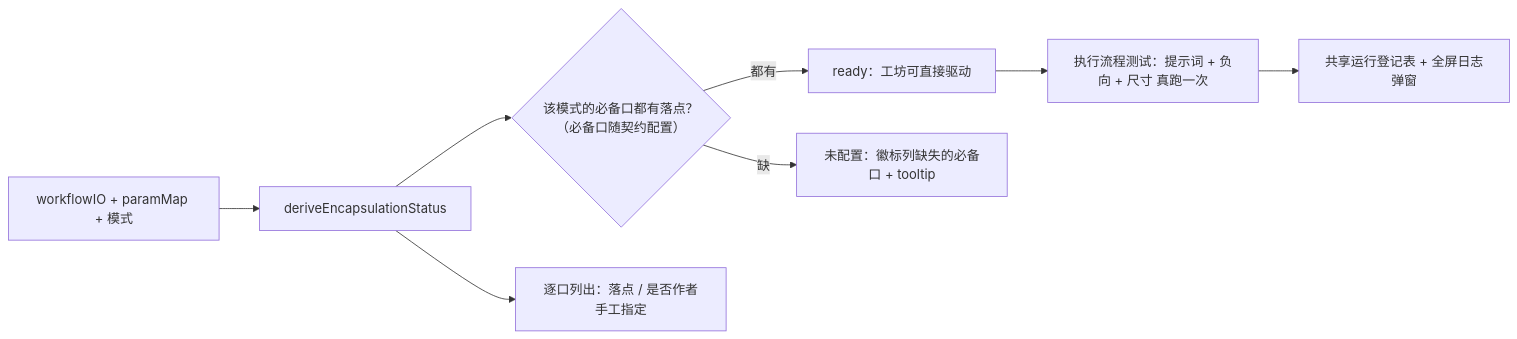
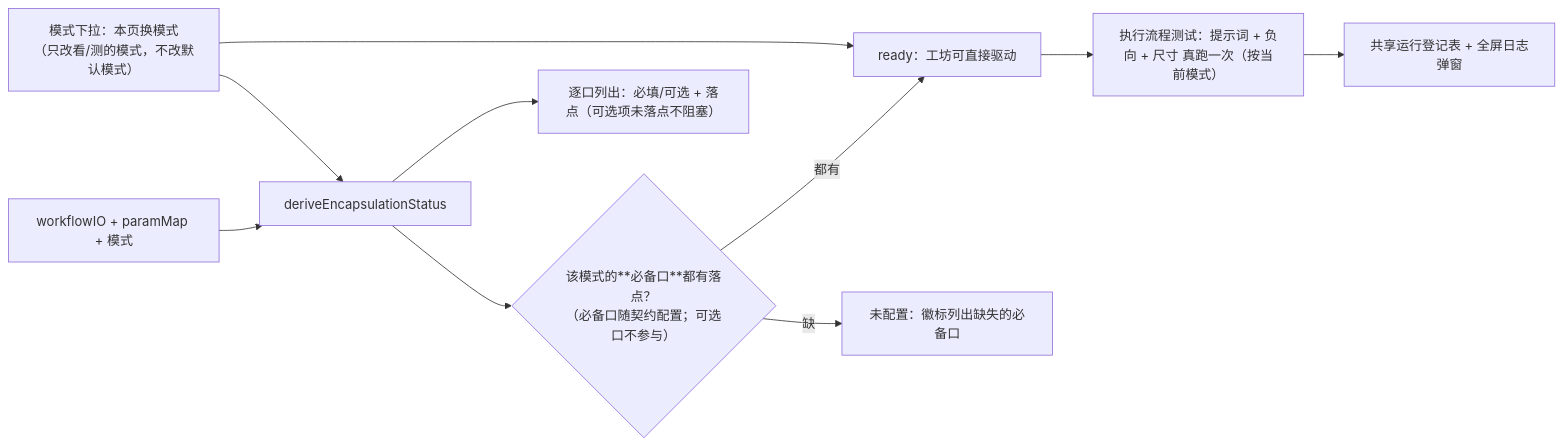
One commit to wuxianyuedu/comfy-app changed the sixth of 8 diagrams in docs/guides/feature-workflow-library-flow.md. Above: the diagram before and after it, drawn with Mermaid. The commit also changed other lines of this file and 15 other files, not shown here.

````diff
--- a/docs/guides/feature-workflow-library-flow.md
+++ b/docs/guides/feature-workflow-library-flow.md
@@ -191,10 +191,12 @@
 ```mermaid
 flowchart LR
   IO["workflowIO + paramMap + 模式"] --> STATUS["deriveEncapsulationStatus"]
-  STATUS --> READY{"该模式的必备口都有落点？<br/>（必备口随契约配置）"}
+  STATUS --> READY{"该模式的**必备口**都有落点？<br/>（必备口随契约配置；可选口不参与）"}
   READY -->|都有| OK["ready：工坊可直接驱动"]
-  READY -->|缺| NO["未配置：徽标列缺失的必备口 + tooltip"]
-  STATUS --> LIST["逐口列出：落点 / 是否作者手工指定"]
-  OK --> TEST["执行流程测试：提示词 + 负向 + 尺寸 真跑一次"]
+  READY -->|缺| NO["未配置：徽标列出缺失的必备口"]
+  STATUS --> LIST["逐口列出：必填/可选 + 落点（可选项未落点不阻塞）"]
+  MODE["模式下拉：本页换模式<br/>（只改看/测的模式，不改默认模式）"] --> STATUS
+  MODE --> OK
+  OK --> TEST["执行流程测试：提示词 + 负向 + 尺寸 真跑一次（按当前模式）"]
   TEST --> SHARED["共享运行登记表 + 全屏日志弹窗"]
 ```
````
